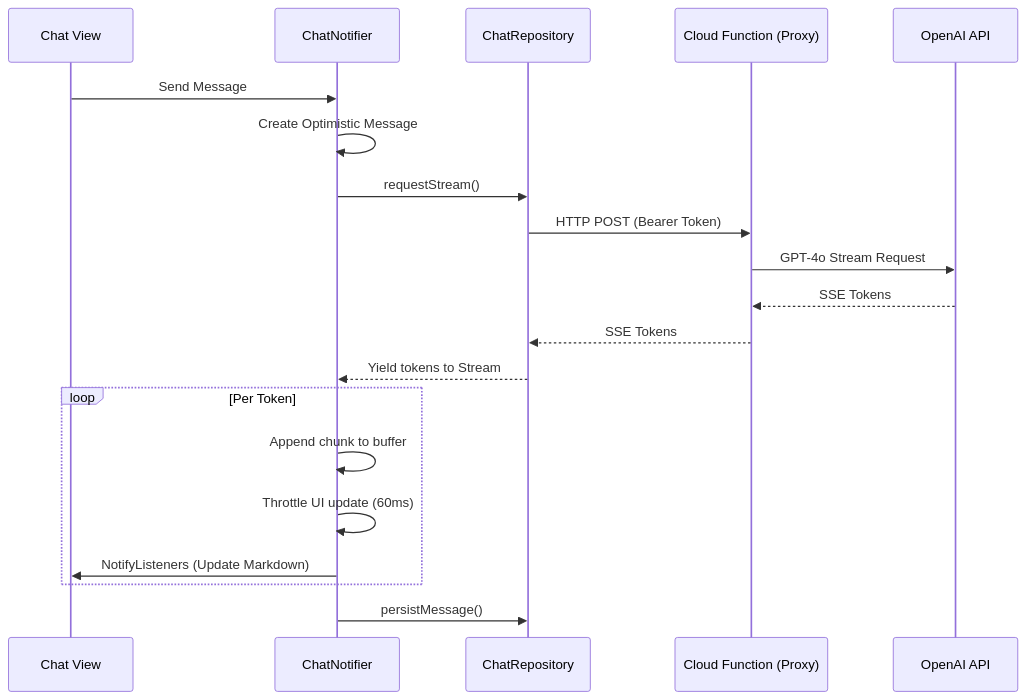
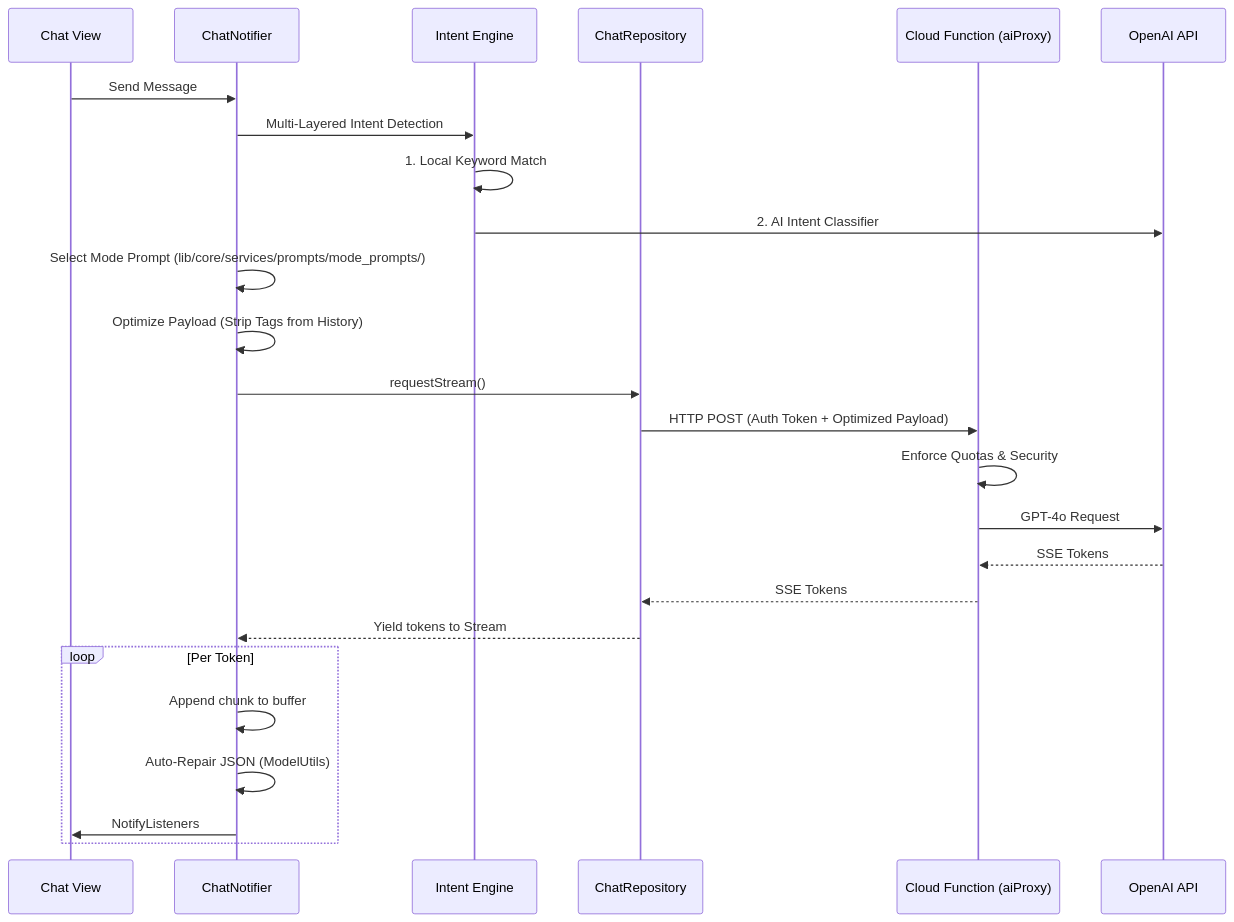
The second of 4 diagrams in docs/DATA_FLOW.md (rjofficial007/GUTGOOD), drawn with Mermaid before and after one commit. The commit also changed other lines of this file and 56 other files, not shown here.

````diff
--- a/docs/DATA_FLOW.md
+++ b/docs/DATA_FLOW.md
@@ -22,25 +22,29 @@
 ```mermaid
 sequenceDiagram
     participant UI as Chat View
     participant N as ChatNotifier
+    participant IE as Intent Engine
     participant Repo as ChatRepository
-    participant CF as Cloud Function (Proxy)
+    participant CF as Cloud Function (aiProxy)
     participant AI as OpenAI API
 
     UI->>N: Send Message
-    N->>N: Create Optimistic Message
+    N->>IE: Multi-Layered Intent Detection
+    IE->>IE: 1. Local Keyword Match
+    IE->>AI: 2. AI Intent Classifier
+    N->>N: Select Mode Prompt (lib/core/services/prompts/mode_prompts/)
+    N->>N: Optimize Payload (Strip Tags from History)
     N->>Repo: requestStream()
-    Repo->>CF: HTTP POST (Bearer Token)
-    CF->>AI: GPT-4o Stream Request
+    Repo->>CF: HTTP POST (Auth Token + Optimized Payload)
+    CF->>CF: Enforce Quotas & Security
+    CF->>AI: GPT-4o Request
     AI-->>CF: SSE Tokens
     CF-->>Repo: SSE Tokens
     Repo-->>N: Yield tokens to Stream
     
     loop Per Token
         N->>N: Append chunk to buffer
-        N->>N: Throttle UI update (60ms)
-        N->>UI: NotifyListeners (Update Markdown)
+        N->>N: Auto-Repair JSON (ModelUtils)
+        N->>UI: NotifyListeners
     end
-    
-    N->>Repo: persistMessage()
 ```
````
